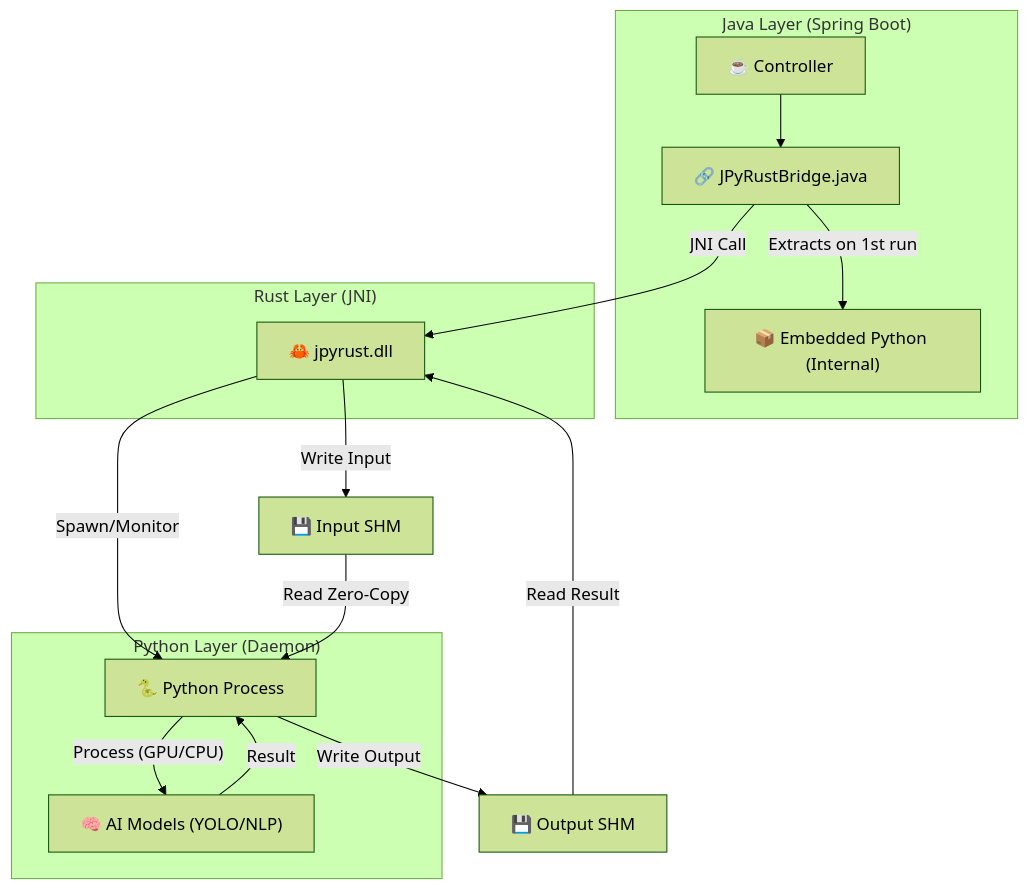
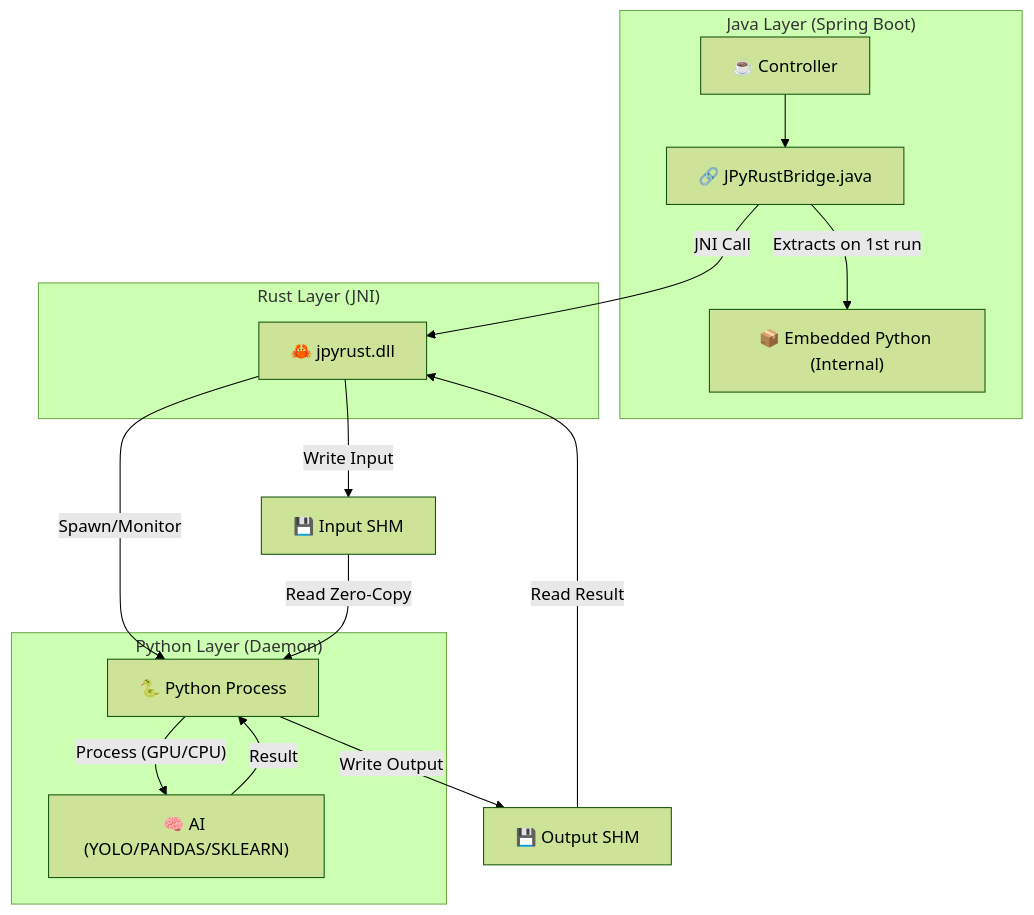
One commit to farmer0010/JPyRust changed the diagram in README.md. Above: the diagram before and after it, drawn with Mermaid (forest theme). The commit also changed other lines of this file and 4 other files, not shown here.

Commit message:
feat: add Standard Battery (NLP, Sklearn, OpenCV) and extensibility guides

````diff
--- a/README.md
+++ b/README.md
@@ -64,30 +74,30 @@
 ```mermaid
 graph TD
     subgraph "Java Layer (Spring Boot)"
         Controller["☕ Controller"]
         JavaBridge["🔗 JPyRustBridge.java"]
         Dist["📦 Embedded Python (Internal)"]
     end
 
     subgraph "Rust Layer (JNI)"
         RustBridge["🦀 jpyrust.dll"]
     end
 
     subgraph "Python Layer (Daemon)"
         Daemon["🐍 Python Process"]
-        Models["🧠 AI Models (YOLO/NLP)"]
+        Models["🧠 AI (YOLO/PANDAS/SKLEARN)"]
     end
 
     Controller --> JavaBridge
     JavaBridge -- "Extracts on 1st run" --> Dist
     JavaBridge -- "JNI Call" --> RustBridge
     RustBridge -- "Spawn/Monitor" --> Daemon
     
     RustBridge -- "Write Input" --> RAM_IN["💾 Input SHM"]
     RAM_IN -- "Read Zero-Copy" --> Daemon
     Daemon -- "Process (GPU/CPU)" --> Models
     
     Models -- "Result" --> Daemon
     Daemon -- "Write Output" --> RAM_OUT["💾 Output SHM"]
     RAM_OUT -- "Read Result" --> RustBridge
 ```
````
